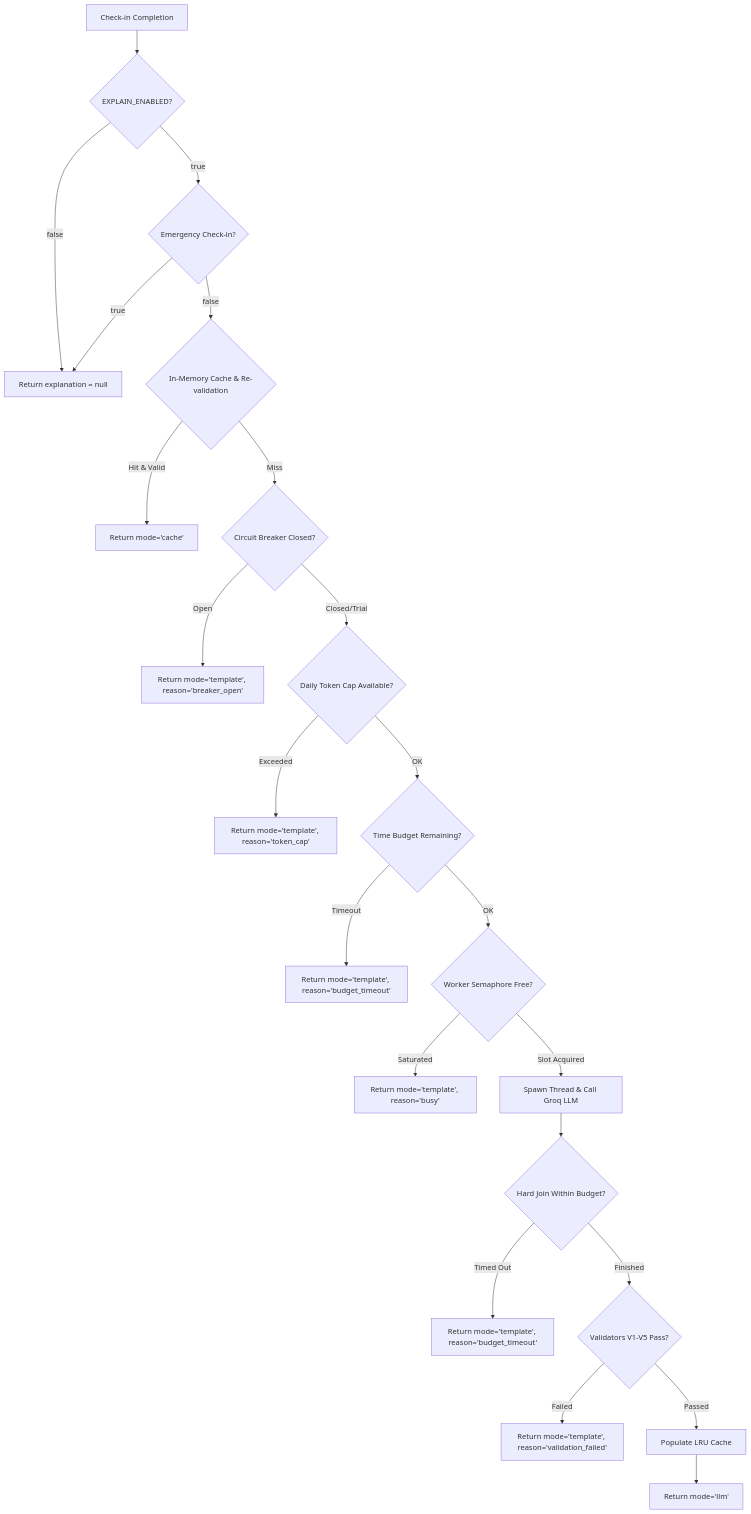
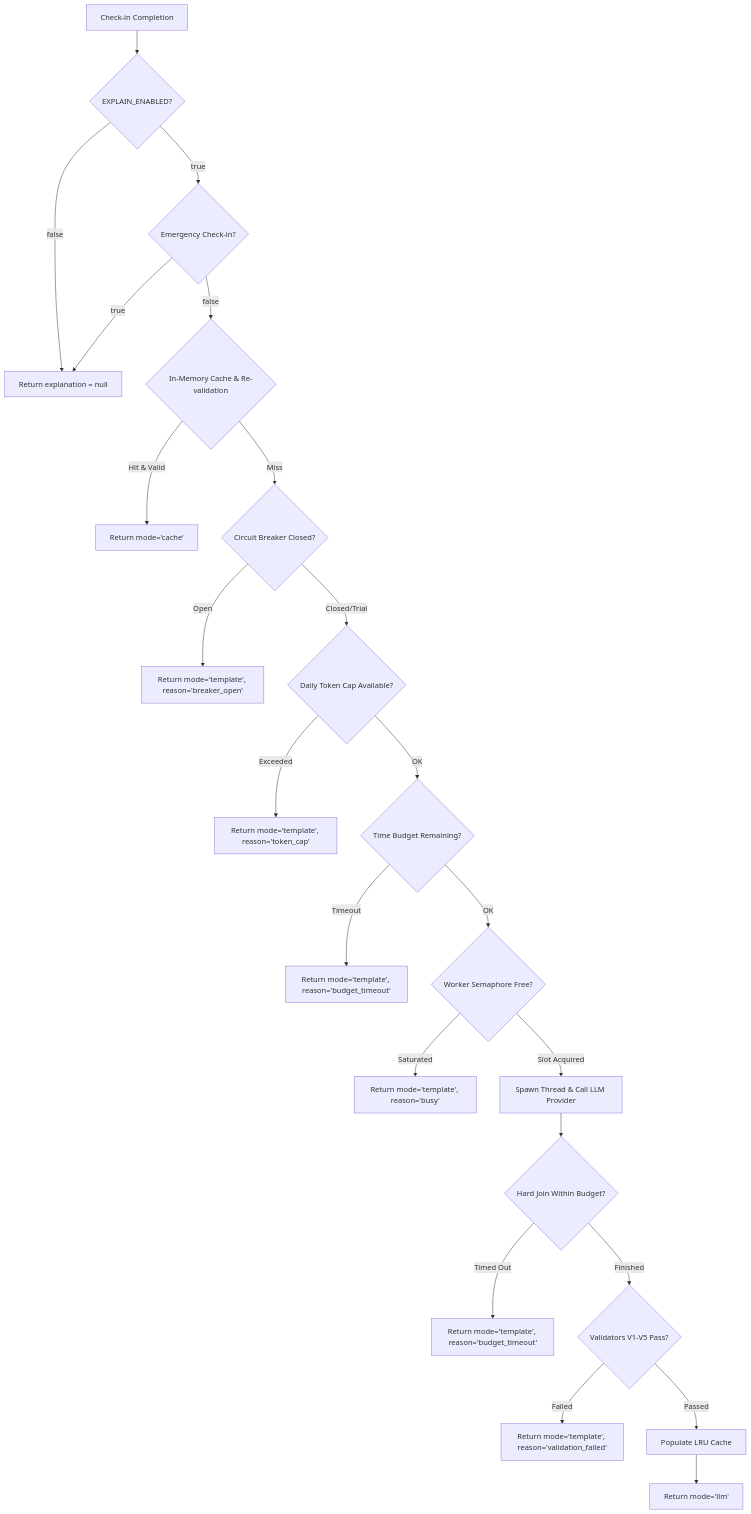
The diagram in docs/EXPLAIN_GUARDS.md (UsmanBari/ChronicCare-AI), drawn with Mermaid before and after one commit. The commit also changed other lines of this file and 12 other files, not shown here.

Commit message:
feat(explainer): groq + gemini providers, diabetes template-only, template consistency, risk panel provider-only

````diff
--- a/docs/EXPLAIN_GUARDS.md
+++ b/docs/EXPLAIN_GUARDS.md
@@ -17,23 +17,23 @@
 ```mermaid
 flowchart TD
     Req[Check-in Completion] --> ChkFlag{EXPLAIN_ENABLED?}
     ChkFlag -- false --> RetNone[Return explanation = null]
     ChkFlag -- true --> Emerg{Emergency Check-in?}
     Emerg -- true --> RetNone
     Emerg -- false --> CacheChk{In-Memory Cache & Re-validation}
     CacheChk -- Hit & Valid --> RetCache[Return mode='cache']
     CacheChk -- Miss --> BreakerChk{Circuit Breaker Closed?}
     BreakerChk -- Open --> FallbackBreaker[Return mode='template', reason='breaker_open']
     BreakerChk -- Closed/Trial --> TokenCapChk{Daily Token Cap Available?}
     TokenCapChk -- Exceeded --> FallbackCap[Return mode='template', reason='token_cap']
     TokenCapChk -- OK --> BudgetChk{Time Budget Remaining?}
     BudgetChk -- Timeout --> FallbackBudget[Return mode='template', reason='budget_timeout']
     BudgetChk -- OK --> WorkerPool{Worker Semaphore Free?}
     WorkerPool -- Saturated --> FallbackBusy[Return mode='template', reason='busy']
-    WorkerPool -- Slot Acquired --> LLMDispatch[Spawn Thread & Call Groq LLM]
+    WorkerPool -- Slot Acquired --> LLMDispatch[Spawn Thread & Call LLM Provider]
     LLMDispatch --> HardWait{Hard Join Within Budget?}
     HardWait -- Timed Out --> FallbackTimeout[Return mode='template', reason='budget_timeout']
     HardWait -- Finished --> Validators{Validators V1-V5 Pass?}
     Validators -- Failed --> FallbackVal[Return mode='template', reason='validation_failed']
     Validators -- Passed --> CachePut[Populate LRU Cache] --> RetLLM[Return mode='llm']
 ```
````
